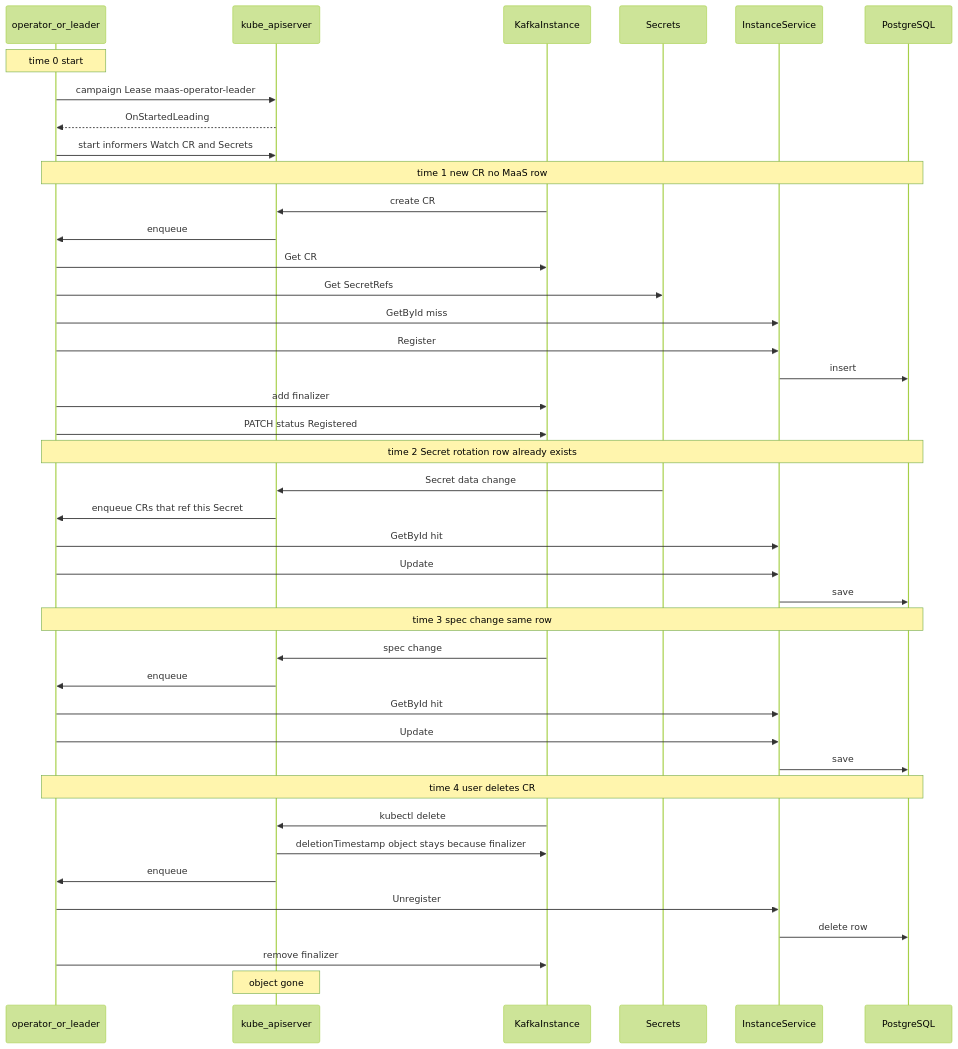
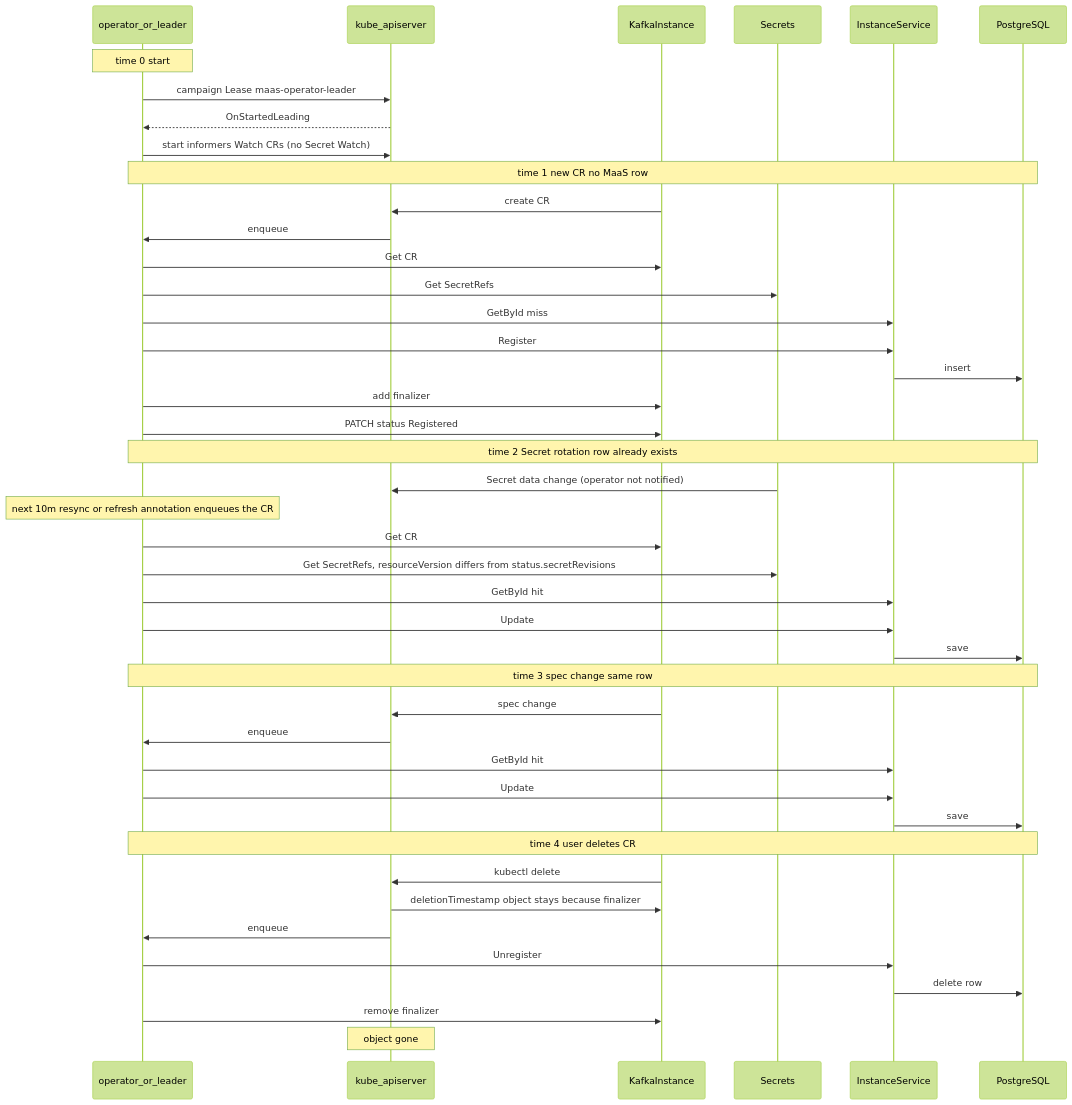
Before and after one commit to Netcracker/qubership-maas: diagram 11 of 14 in docs/operator_design.md, drawn with Mermaid (forest theme). The commit also changed other lines of this file and 6 other files, not shown here.

````diff
--- a/docs/operator_design.md
+++ b/docs/operator_design.md
@@ -1239,48 +1252,50 @@
 ```mermaid
 sequenceDiagram
   participant Pod as operator_or_leader
   participant API as kube_apiserver
   participant CR as KafkaInstance
   participant Sec as Secrets
   participant Svc as InstanceService
   participant DB as PostgreSQL
 
   Note over Pod: time 0 start
   Pod->>API: campaign Lease maas-operator-leader
   API-->>Pod: OnStartedLeading
-  Pod->>API: start informers Watch CR and Secrets
+  Pod->>API: start informers Watch CRs (no Secret Watch)
 
   Note over Pod,DB: time 1 new CR no MaaS row
   CR->>API: create CR
   API->>Pod: enqueue
   Pod->>CR: Get CR
   Pod->>Sec: Get SecretRefs
   Pod->>Svc: GetById miss
   Pod->>Svc: Register
   Svc->>DB: insert
   Pod->>CR: add finalizer
   Pod->>CR: PATCH status Registered
 
   Note over Pod,DB: time 2 Secret rotation row already exists
-  Sec->>API: Secret data change
-  API->>Pod: enqueue CRs that ref this Secret
+  Sec->>API: Secret data change (operator not notified)
+  Note over Pod: next 10m resync or refresh annotation enqueues the CR
+  Pod->>CR: Get CR
+  Pod->>Sec: Get SecretRefs, resourceVersion differs from status.secretRevisions
   Pod->>Svc: GetById hit
   Pod->>Svc: Update
   Svc->>DB: save
 
   Note over Pod,DB: time 3 spec change same row
   CR->>API: spec change
   API->>Pod: enqueue
   Pod->>Svc: GetById hit
   Pod->>Svc: Update
   Svc->>DB: save
 
   Note over Pod,DB: time 4 user deletes CR
   CR->>API: kubectl delete
   API->>CR: deletionTimestamp object stays because finalizer
   API->>Pod: enqueue
   Pod->>Svc: Unregister
   Svc->>DB: delete row
   Pod->>CR: remove finalizer
   Note over API: object gone
 ```
````
